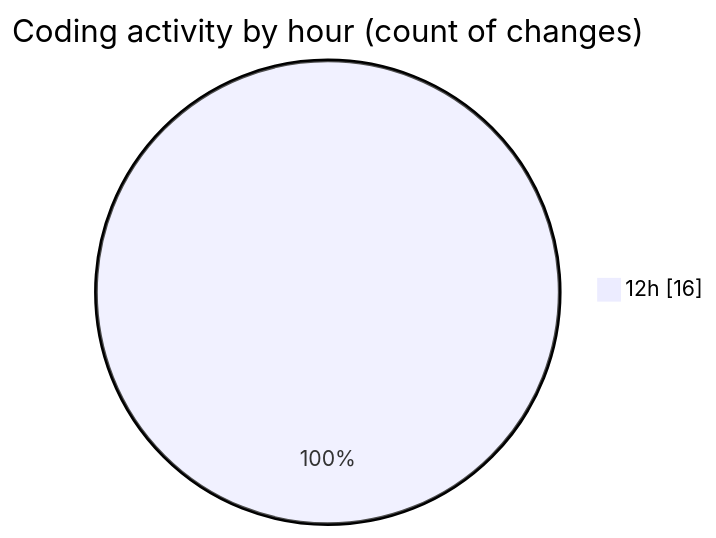
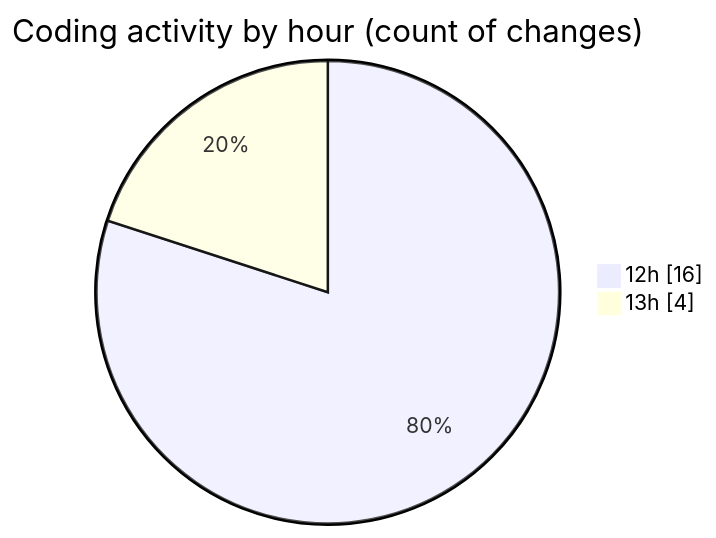
One commit to nxtqubesakshisongat/code-tracking changed the second of 2 diagrams in 2025-11-17/argos/README.md. Above: the diagram before and after it, drawn with Mermaid. The commit also changed other lines of this file and 1 other file, not shown here.

````diff
--- a/2025-11-17/argos/README.md
+++ b/2025-11-17/argos/README.md
@@ -28,5 +28,6 @@
 ```mermaid
 pie showData
 title Coding activity by hour (count of changes)
 "12h" : 16
+"13h" : 4
 ```
````
